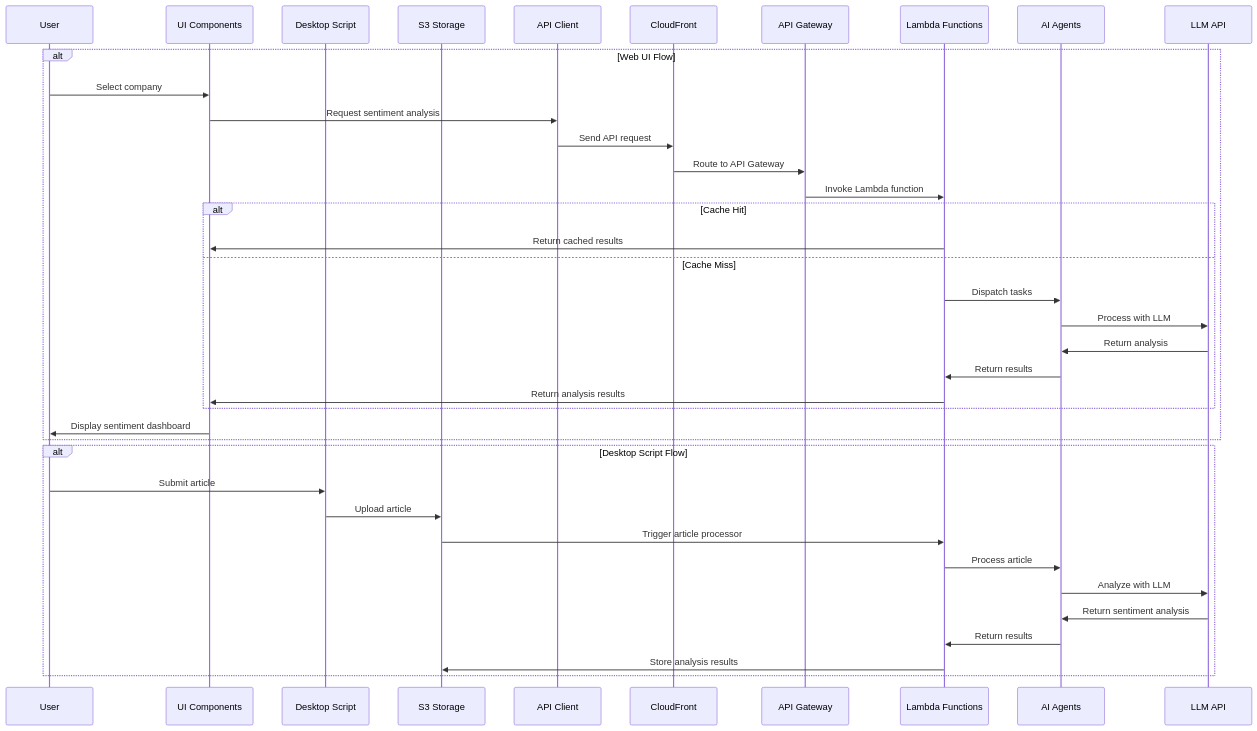
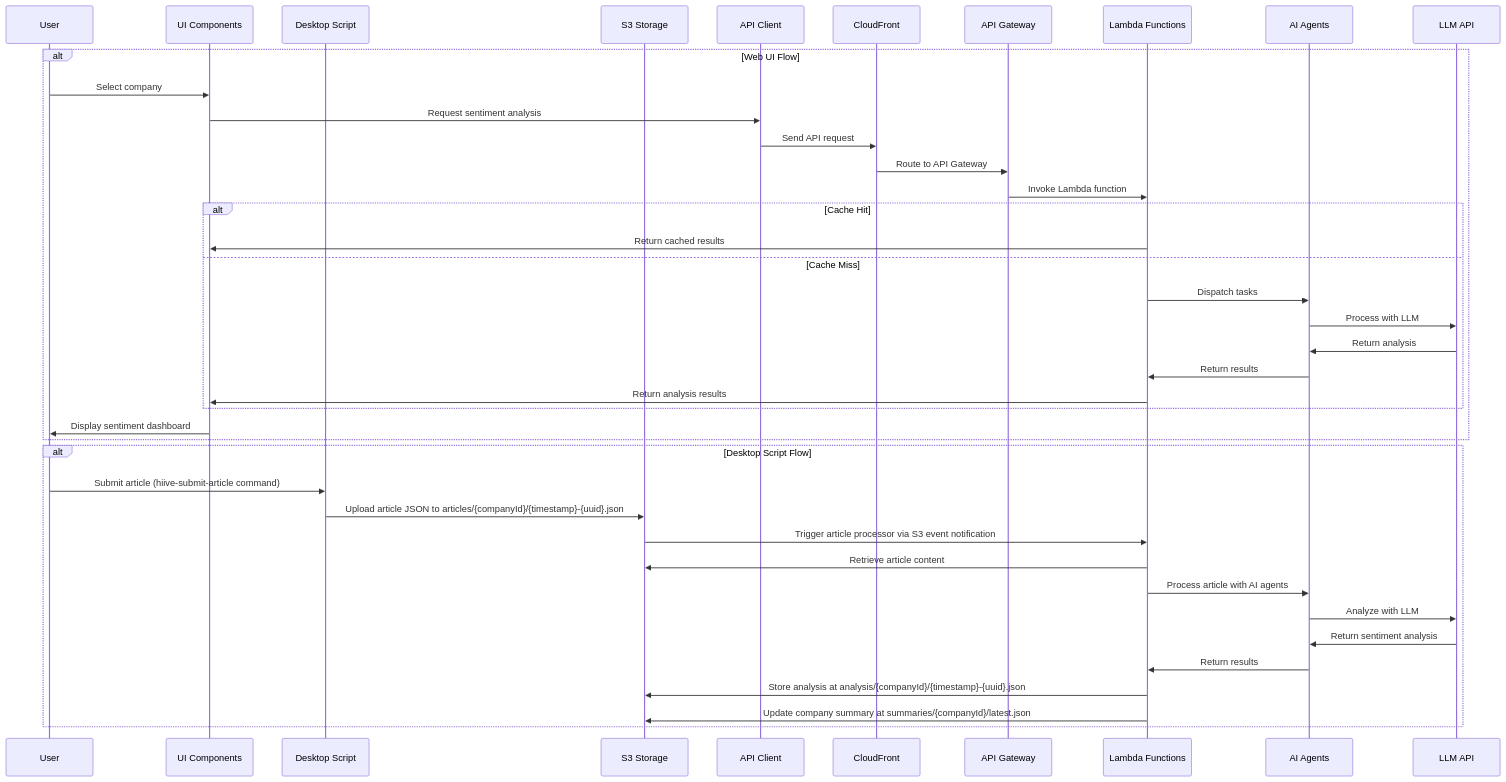
One commit to liamzdenek/hiive-application changed the second of 4 diagrams in memory-bank/systemPatterns.md. Above: the diagram before and after it, drawn with Mermaid. The commit also changed other lines of this file and 2 other files, not shown here.

Commit message:
feat: initial contracts

````diff
--- a/memory-bank/systemPatterns.md
+++ b/memory-bank/systemPatterns.md
@@ -227,44 +237,46 @@
 ```mermaid
 sequenceDiagram
     participant User
     participant UI as UI Components
     participant Desktop as Desktop Script
     participant S3 as S3 Storage
     participant API as API Client
     participant CloudFront as CloudFront
     participant APIGateway as API Gateway
     participant Lambda as Lambda Functions
     participant Agents as AI Agents
     participant LLM as LLM API
     
     alt Web UI Flow
         User->>UI: Select company
         UI->>API: Request sentiment analysis
         API->>CloudFront: Send API request
         CloudFront->>APIGateway: Route to API Gateway
         APIGateway->>Lambda: Invoke Lambda function
         
         alt Cache Hit
             Lambda->>UI: Return cached results
         else Cache Miss
             Lambda->>Agents: Dispatch tasks
             Agents->>LLM: Process with LLM
             LLM->>Agents: Return analysis
             Agents->>Lambda: Return results
             Lambda->>UI: Return analysis results
         end
         
         UI->>User: Display sentiment dashboard
     end
     
     alt Desktop Script Flow
-        User->>Desktop: Submit article
-        Desktop->>S3: Upload article
-        S3->>Lambda: Trigger article processor
-        Lambda->>Agents: Process article
+        User->>Desktop: Submit article (hiive-submit-article command)
+        Desktop->>S3: Upload article JSON to articles/{companyId}/{timestamp}-{uuid}.json
+        S3->>Lambda: Trigger article processor via S3 event notification
+        Lambda->>S3: Retrieve article content
+        Lambda->>Agents: Process article with AI agents
         Agents->>LLM: Analyze with LLM
         LLM->>Agents: Return sentiment analysis
         Agents->>Lambda: Return results
-        Lambda->>S3: Store analysis results
+        Lambda->>S3: Store analysis at analysis/{companyId}/{timestamp}-{uuid}.json
+        Lambda->>S3: Update company summary at summaries/{companyId}/latest.json
     end
 ```
````
